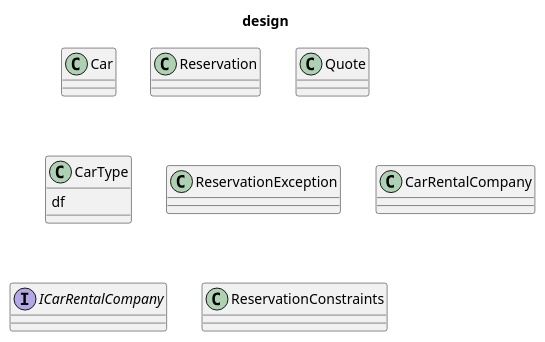
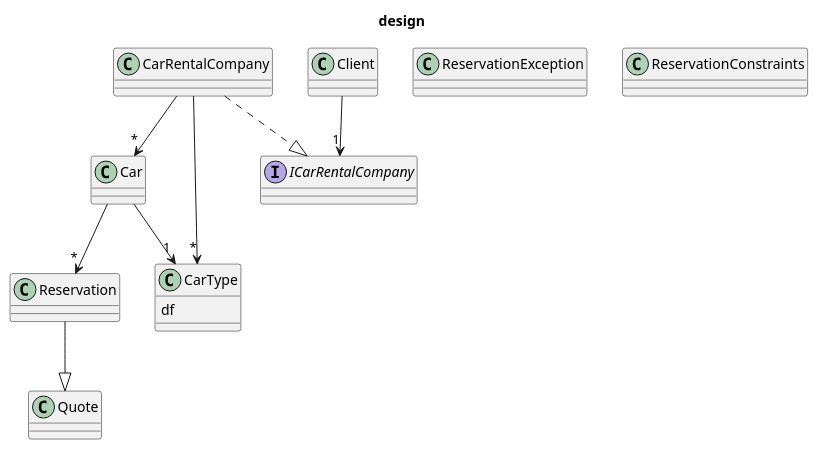
One commit to Bhamoss/java_rmi_ds_project changed the diagram in diagrams/main.puml. Above: the diagram before and after it, drawn with PlantUML.

Commit message:
tis niet in pdf

```diff
--- a/diagrams/main.puml
+++ b/diagrams/main.puml
@@ -1,32 +1,41 @@
 @startuml
 title design
 
 class Car {
 
 }
+Car -->"*" Reservation
+Car -->"1" CarType
 
 class Reservation {
 
 }
+Reservation --|> Quote
 
 class Quote {
 }
 
 
 class CarType {
     df
 }
 
 class ReservationException {
 }
 
 class CarRentalCompany {
 }
-
+CarRentalCompany ..|> ICarRentalCompany
+CarRentalCompany -->"*" Car
+CarRentalCompany -->"*" CarType
 interface ICarRentalCompany {
 }
 
 class ReservationConstraints {
 }
 
+class Client {
+}
+Client -->"1" ICarRentalCompany
+
 @enduml
```
